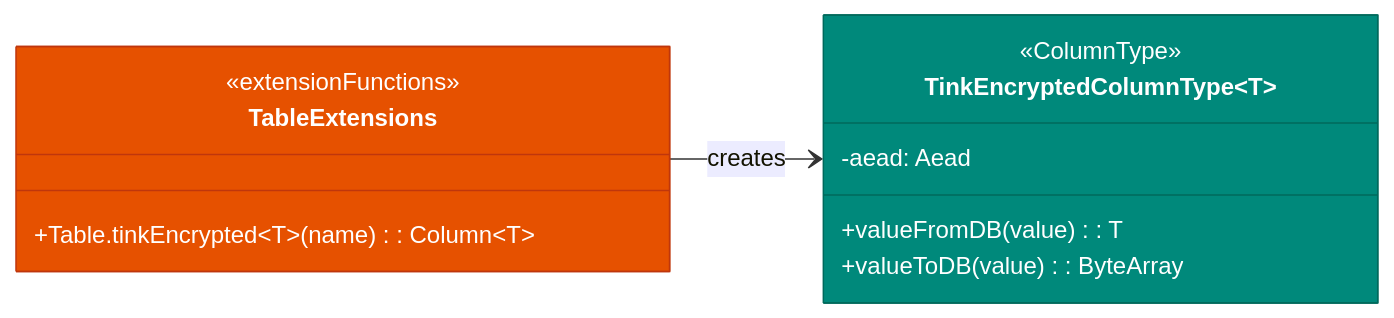
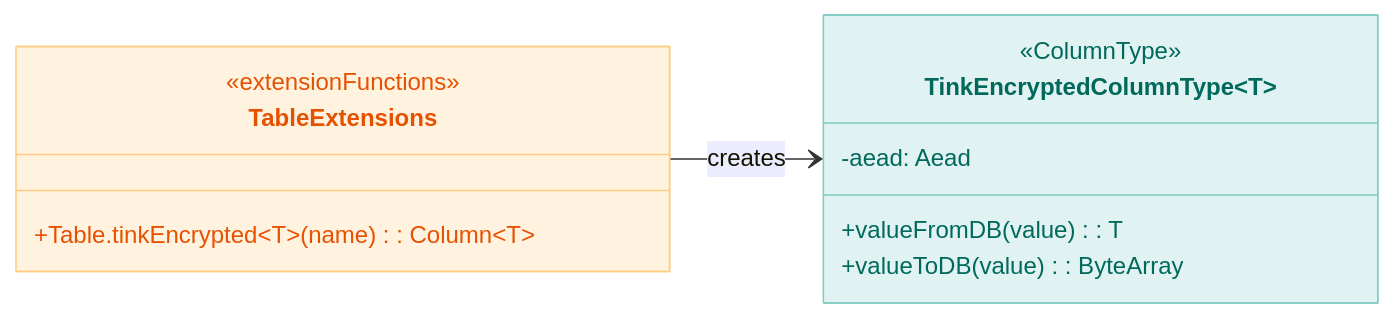
One commit to bluetape4k/bluetape4k-projects changed the first of 2 diagrams in data/exposed-tink/README.ko.md. Above: the diagram before and after it, drawn with Mermaid. The commit also changed other lines of this file and 219 other files, not shown here.

First line of the commit message:
docs: 전체 README Mermaid 다이어그램 가이드 적용

````diff
--- a/data/exposed-tink/README.ko.md
+++ b/data/exposed-tink/README.ko.md
@@ -216,18 +216,18 @@
 ```mermaid
 classDiagram
     direction LR
     class TinkEncryptedColumnType~T~ {
         <<ColumnType>>
         -aead: Aead
         +valueFromDB(value): T
         +valueToDB(value): ByteArray
     }
     class TableExtensions {
         <<extensionFunctions>>
         +Table.tinkEncrypted~T~(name): Column~T~
     }
     TableExtensions --> TinkEncryptedColumnType : creates
 
-    style TinkEncryptedColumnType fill:#00897B,stroke:#00695C,color:#FFFFFF
-    style TableExtensions fill:#E65100,stroke:#BF360C,color:#FFFFFF
+    style TinkEncryptedColumnType fill:#E0F2F1,stroke:#80CBC4,color:#00695C
+    style TableExtensions fill:#FFF3E0,stroke:#FFCC80,color:#E65100
 ```
````
